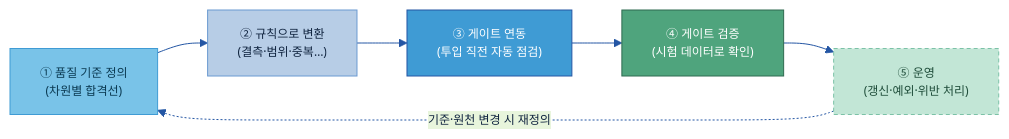
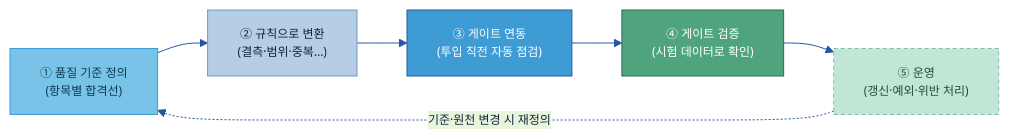
Before and after one commit to jin-kearney/ai-ready-data-manual: the second of 4 diagrams in 가이드 작성/C-2 데이터 품질 관리/C-2 데이터 품질 관리.md, drawn with Mermaid. The commit also changed other lines of this file and 2 other files, not shown here.

````diff
--- a/가이드 작성/C-2 데이터 품질 관리/C-2 데이터 품질 관리.md
+++ b/가이드 작성/C-2 데이터 품질 관리/C-2 데이터 품질 관리.md
@@ -258,16 +258,16 @@
 ```mermaid
 %%{init: {'theme':'base','themeVariables':{'primaryColor':'#DCE8F5','primaryBorderColor':'#2456A4','primaryTextColor':'#10243f','lineColor':'#2456A4','fontSize':'12px'}}}%%
 flowchart LR
-    A["① 품질 기준 정의<br/>(차원별 합격선)"]:::src
+    A["① 품질 기준 정의<br/>(항목별 합격선)"]:::src
     B["② 규칙으로 변환<br/>(결측·범위·중복…)"]:::n
     C["③ 게이트 연동<br/>(투입 직전 자동 점검)"]:::gate
     D["④ 게이트 검증<br/>(시험 데이터로 확인)"]:::loop
     E["⑤ 운영<br/>(갱신·예외·위반 처리)"]:::cross
     A --> B --> C --> D --> E
     E -.기준·원천 변경 시 재정의.-> A
     classDef n fill:#B7CDE6,stroke:#6B9AD1,color:#10243f;
     classDef src fill:#79C3E8,stroke:#3F9BD4,color:#0b3a52;
     classDef gate fill:#3F9BD4,stroke:#2456A4,color:#fff;
     classDef loop fill:#4FA47D,stroke:#2f6b50,color:#fff;
     classDef cross fill:#C2E6D6,stroke:#7CC2A7,color:#1f4d3a,stroke-dasharray:4 3;
 ```
````
